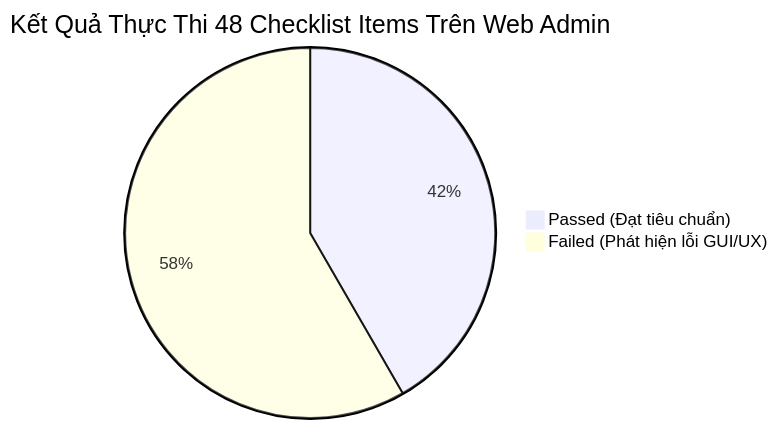
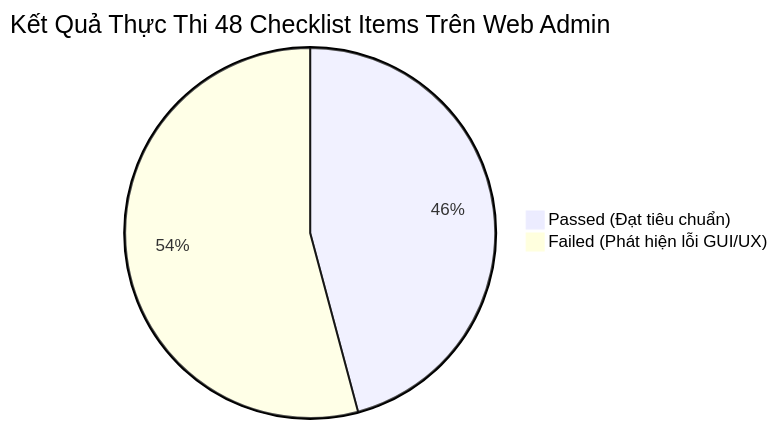
Before and after one commit to Hidebray/Homework-week03-SoftwareTesting: the first of 3 diagrams in reports/01_GUI_Checklist_Report.md, drawn with Mermaid. The commit also changed other lines of this file and 46 other files, not shown here.

````diff
--- a/reports/01_GUI_Checklist_Report.md
+++ b/reports/01_GUI_Checklist_Report.md
@@ -23,5 +23,5 @@
 ```mermaid
 pie title Kết Quả Thực Thi 48 Checklist Items Trên Web Admin
-    "Passed (Đạt tiêu chuẩn)" : 20
-    "Failed (Phát hiện lỗi GUI/UX)" : 28
+    "Passed (Đạt tiêu chuẩn)" : 22
+    "Failed (Phát hiện lỗi GUI/UX)" : 26
 ```
````
